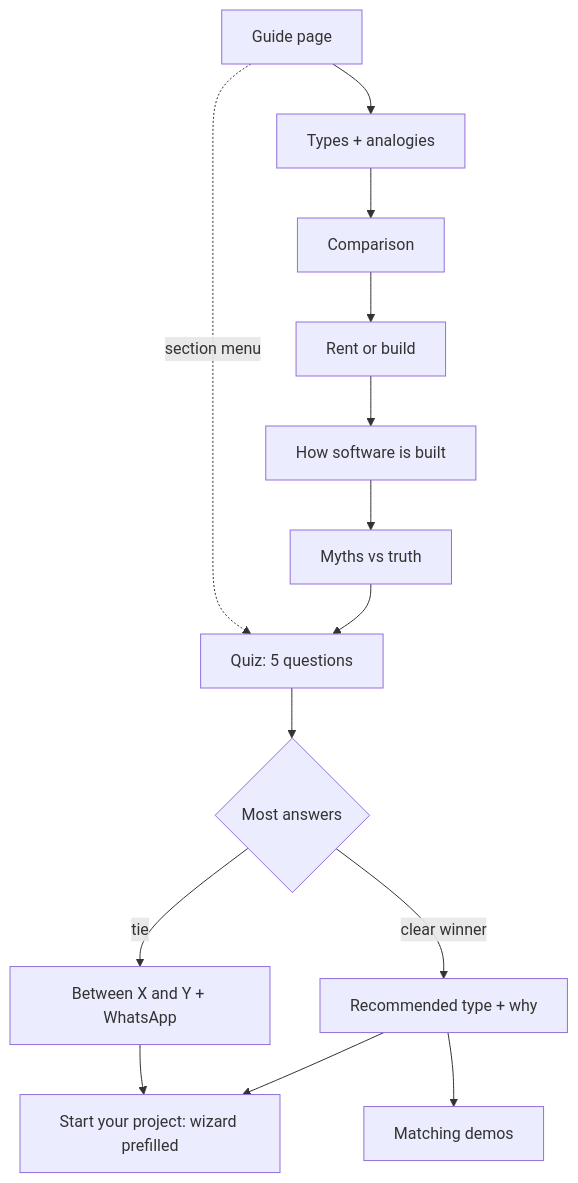
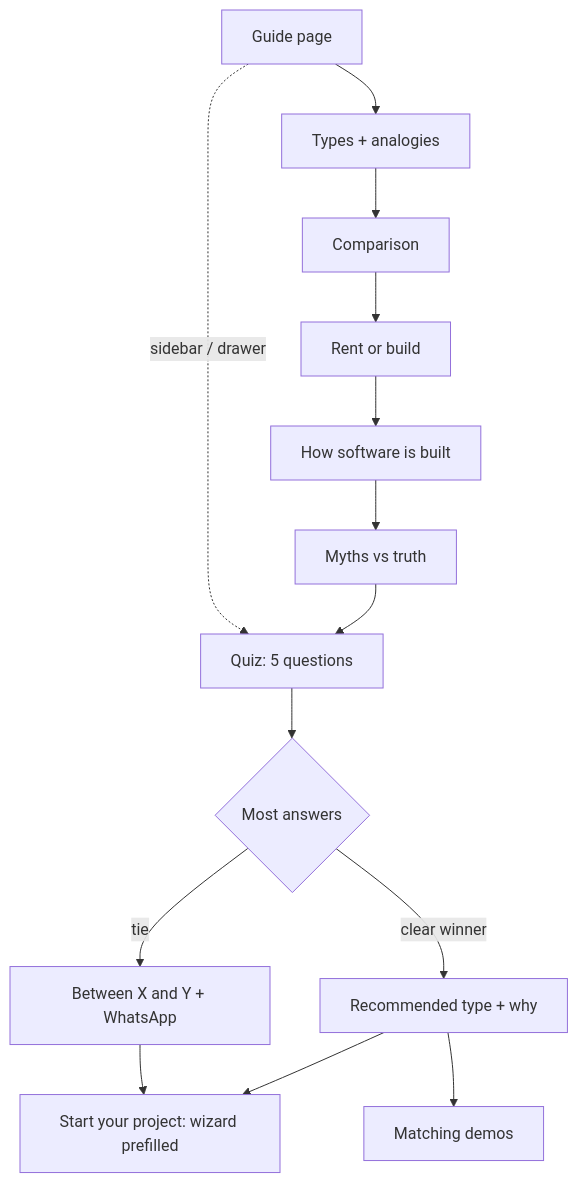
One commit to AhmedElnagarUU/Demmoss changed the third of 3 diagrams in docs/features/software-guide.md. Above: the diagram before and after it, drawn with Mermaid. The commit also changed other lines of this file and 49 other files, not shown here.

````diff
--- a/docs/features/software-guide.md
+++ b/docs/features/software-guide.md
@@ -75,16 +129,16 @@
 ```mermaid
 flowchart TD
   G[Guide page] --> T[Types + analogies]
   T --> C[Comparison]
   C --> R[Rent or build]
   R --> H[How software is built]
   H --> M[Myths vs truth]
   M --> Q[Quiz: 5 questions]
   Q --> S{Most answers}
   S -->|clear winner| REC[Recommended type + why]
   S -->|tie| TIE[Between X and Y + WhatsApp]
   REC --> W[Start your project: wizard prefilled]
   REC --> DM[Matching demos]
   TIE --> W
-  G -. section menu .-> Q
+  G -. sidebar / drawer .-> Q
 ```
````
